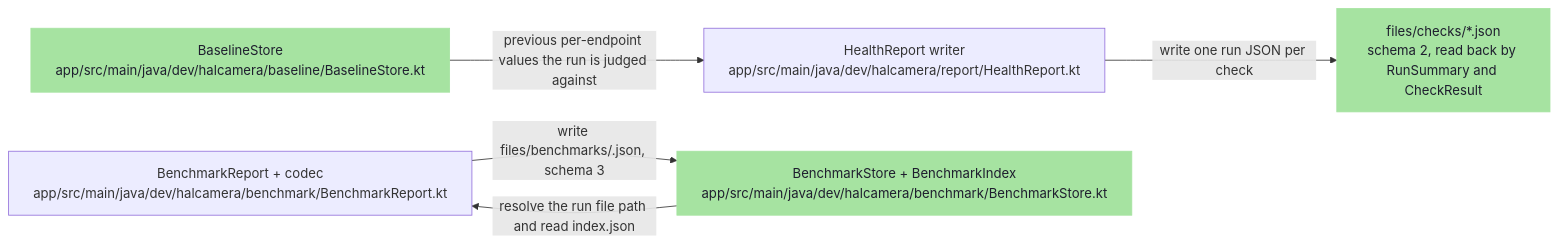
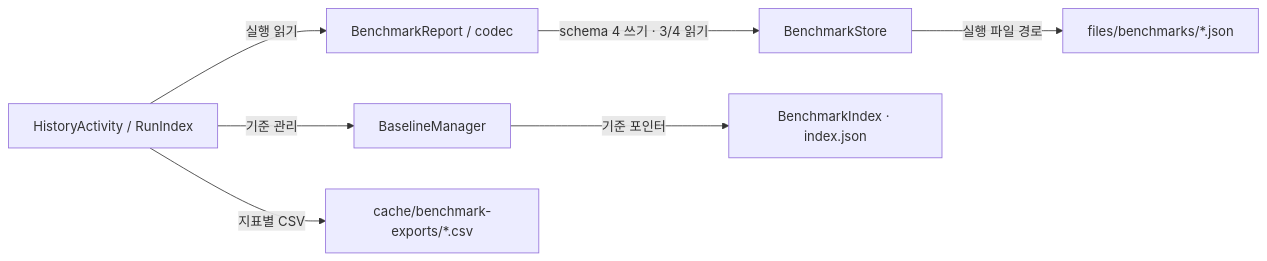
Before and after one commit to TTolsun/hal-camera: the diagram in .omm/overall-architecture/persistence/diagram.mmd, drawn with Mermaid. The commit also changed 70 other files, not shown here.

```diff
--- a/.omm/overall-architecture/persistence/diagram.mmd
+++ b/.omm/overall-architecture/persistence/diagram.mmd
@@ -1,14 +1,7 @@
 graph LR
-    baseline-store["BaselineStore\napp/src/main/java/dev/halcamera/baseline/BaselineStore.kt"]
-    health-report["HealthReport writer\napp/src/main/java/dev/halcamera/report/HealthReport.kt"]
-    checks-dir["files/checks/*.json\nschema 2, read back by RunSummary and CheckResult"]
-    benchmark-report["BenchmarkReport + codec\napp/src/main/java/dev/halcamera/benchmark/BenchmarkReport.kt"]
-    benchmark-store["BenchmarkStore + BenchmarkIndex\napp/src/main/java/dev/halcamera/benchmark/BenchmarkStore.kt"]
-
-    baseline-store -->|"previous per-endpoint values the run is judged against"| health-report
-    health-report -->|"write one run JSON per check"| checks-dir
-    benchmark-store -->|"resolve the run file path and read index.json"| benchmark-report
-    benchmark-report -->|"write files/benchmarks/<runId>.json, schema 3"| benchmark-store
-
-    classDef store fill:#a6e3a1,stroke:#a6e3a1,color:#1e1e2e
-    class benchmark-store,baseline-store,checks-dir store
+    report["BenchmarkReport / codec"] -->|"schema 4 쓰기 · 3/4 읽기"| store["BenchmarkStore"]
+    store -->|"실행 파일 경로"| files["files/benchmarks/*.json"]
+    baseline["BaselineManager"] -->|"기준 포인터"| index["BenchmarkIndex · index.json"]
+    history["HistoryActivity / RunIndex"] -->|"실행 읽기"| report
+    history -->|"기준 관리"| baseline
+    history -->|"지표별 CSV"| csv["cache/benchmark-exports/*.csv"]
```
